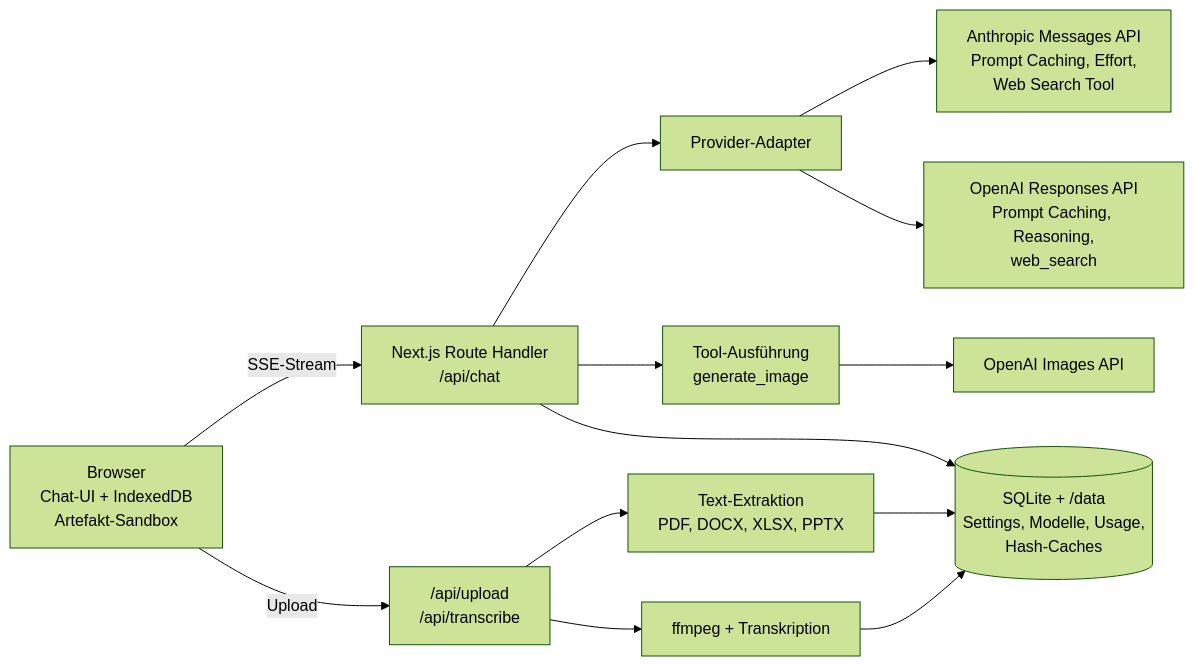
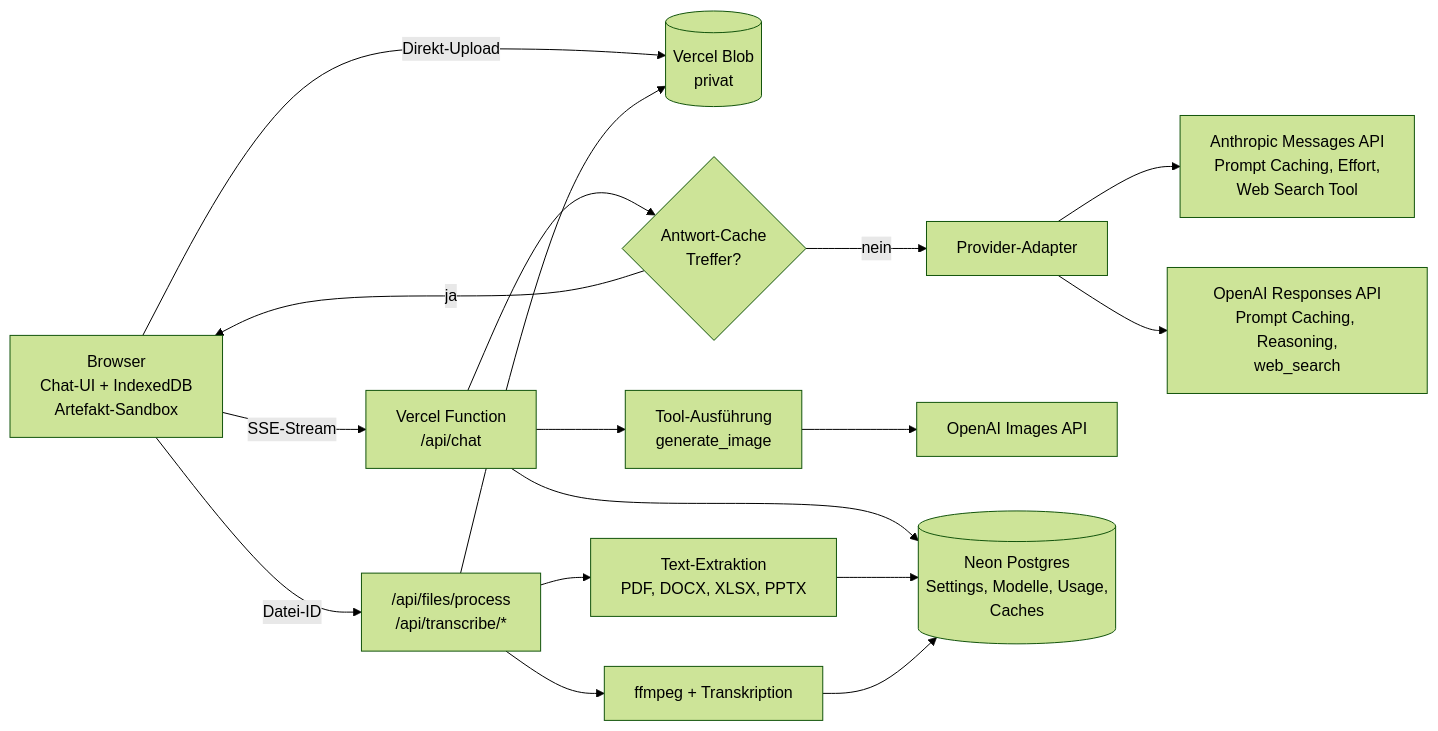
The diagram in PLAN.md (StefanMuellerAI/chatbot), drawn with Mermaid (forest theme) before and after one commit. The commit also changed other lines of this file and 1 other file, not shown here.

First line of the commit message:
Update plan: Vercel hosting, Sonnet default, answer cache, branding

````diff
--- a/PLAN.md
+++ b/PLAN.md
@@ -51,15 +67,19 @@
 ```mermaid
 flowchart LR
-  B["Browser<br/>Chat-UI + IndexedDB<br/>Artefakt-Sandbox"] -->|"SSE-Stream"| API["Next.js Route Handler<br/>/api/chat"]
-  B -->|"Upload"| UP["/api/upload<br/>/api/transcribe"]
-  API --> PA["Provider-Adapter"]
+  B["Browser<br/>Chat-UI + IndexedDB<br/>Artefakt-Sandbox"] -->|"SSE-Stream"| API["Vercel Function<br/>/api/chat"]
+  B -->|"Direkt-Upload"| BLOB[("Vercel Blob<br/>privat")]
+  B -->|"Datei-ID"| UP["/api/files/process<br/>/api/transcribe/*"]
+  UP --> BLOB
+  API --> AC{"Antwort-Cache<br/>Treffer?"}
+  AC -->|"ja"| B
+  AC -->|"nein"| PA["Provider-Adapter"]
   PA --> AN["Anthropic Messages API<br/>Prompt Caching, Effort,<br/>Web Search Tool"]
   PA --> OA["OpenAI Responses API<br/>Prompt Caching, Reasoning,<br/>web_search"]
   API --> TL["Tool-Ausführung<br/>generate_image"]
   TL --> IMG["OpenAI Images API"]
   UP --> EX["Text-Extraktion<br/>PDF, DOCX, XLSX, PPTX"]
   UP --> FF["ffmpeg + Transkription"]
-  EX --> DB[("SQLite + /data<br/>Settings, Modelle, Usage,<br/>Hash-Caches")]
+  API --> DB[("Neon Postgres<br/>Settings, Modelle, Usage,<br/>Caches")]
+  EX --> DB
   FF --> DB
-  API --> DB
 ```
````
